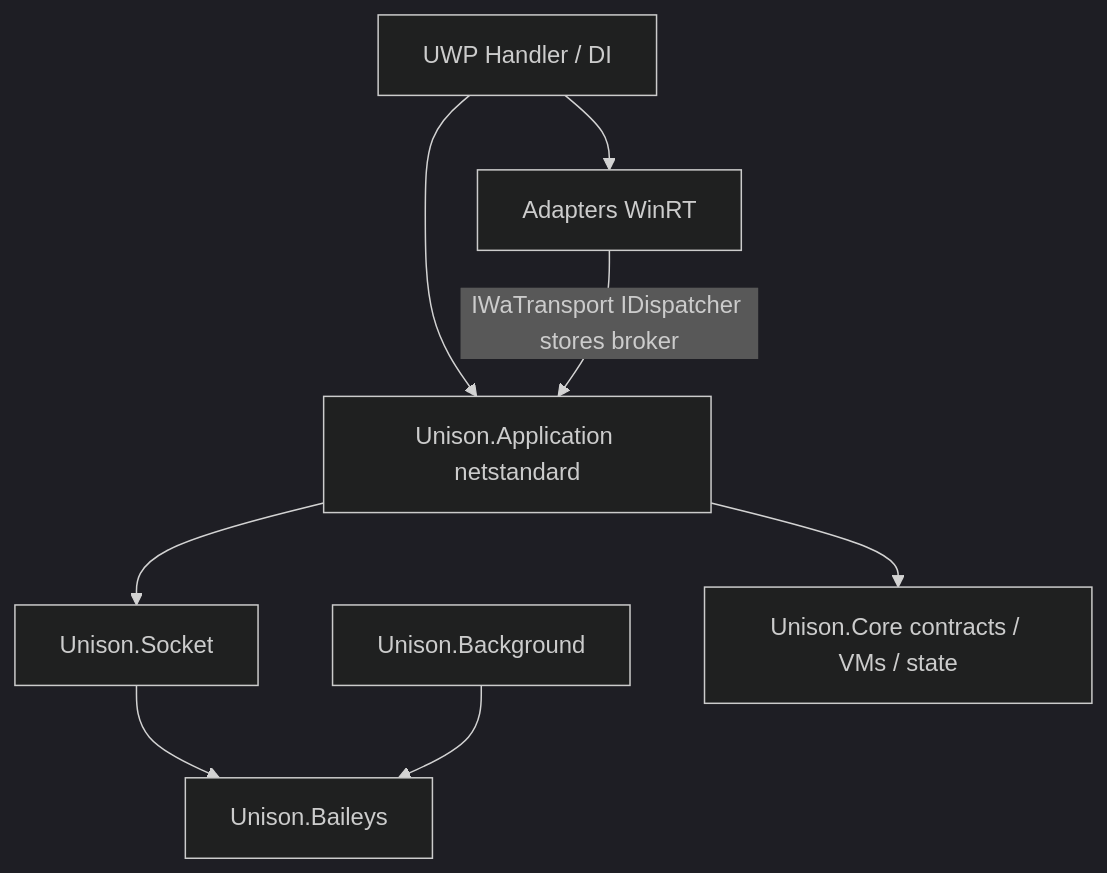
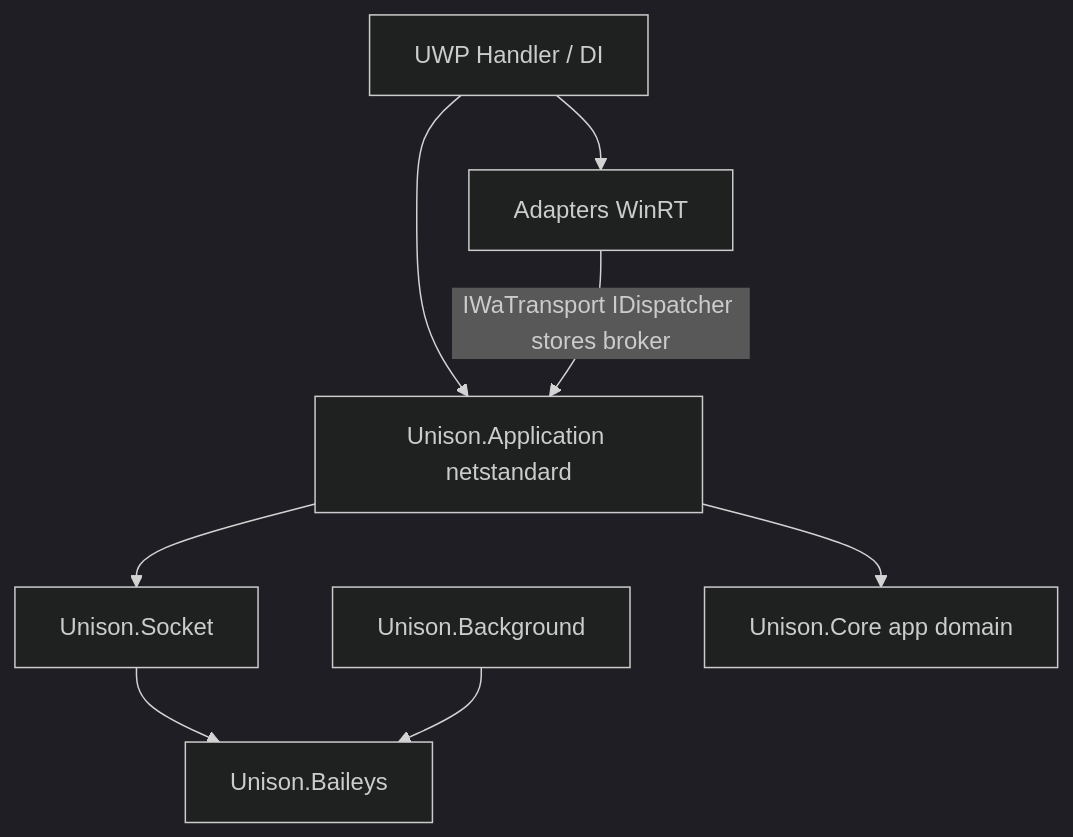
Before and after one commit to MaskNinjaSquared/Unison: the second of 2 diagrams in docs/wiki/Netstandard-WhatsApp-Client.md, drawn with Mermaid (dark theme). The commit also changed other lines of this file, not shown here.

Commit message:
docs(wiki): Core keeps presentation helpers, domain moves to Application

````diff
--- a/docs/wiki/Netstandard-WhatsApp-Client.md
+++ b/docs/wiki/Netstandard-WhatsApp-Client.md
@@ -71,17 +71,17 @@
 ```mermaid
 flowchart TB
   Host["UWP Handler / DI"]
   Adapters["Adapters WinRT"]
   AppLib["Unison.Application netstandard"]
   Socket["Unison.Socket"]
   Baileys["Unison.Baileys"]
   Bg["Unison.Background"]
 
   Host --> Adapters
   Host --> AppLib
   Adapters -->|"IWaTransport IDispatcher stores broker"| AppLib
   AppLib --> Socket
-  AppLib --> CoreContracts["Unison.Core contracts / VMs / state"]
+  AppLib --> CoreApp["Unison.Core app domain"]
   Socket --> Baileys
   Bg --> Baileys
 ```
````
